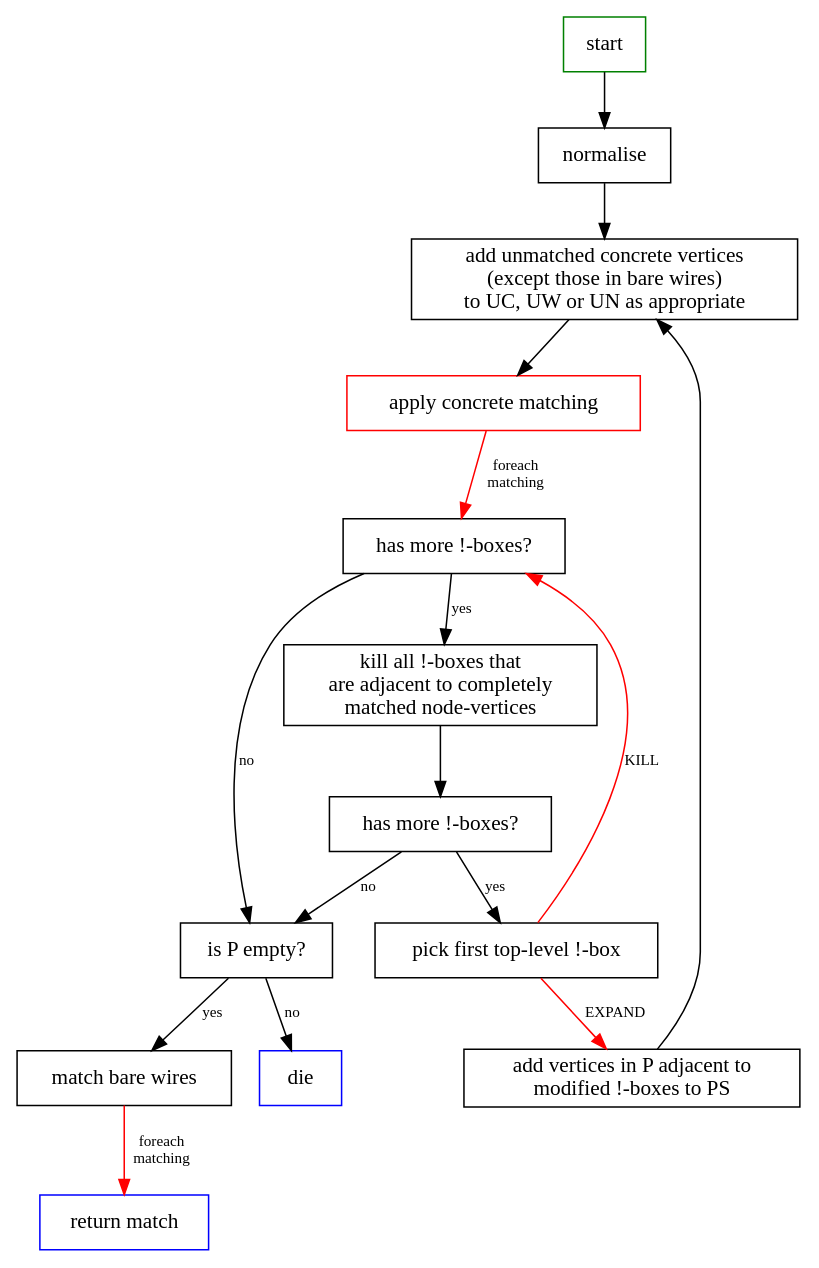
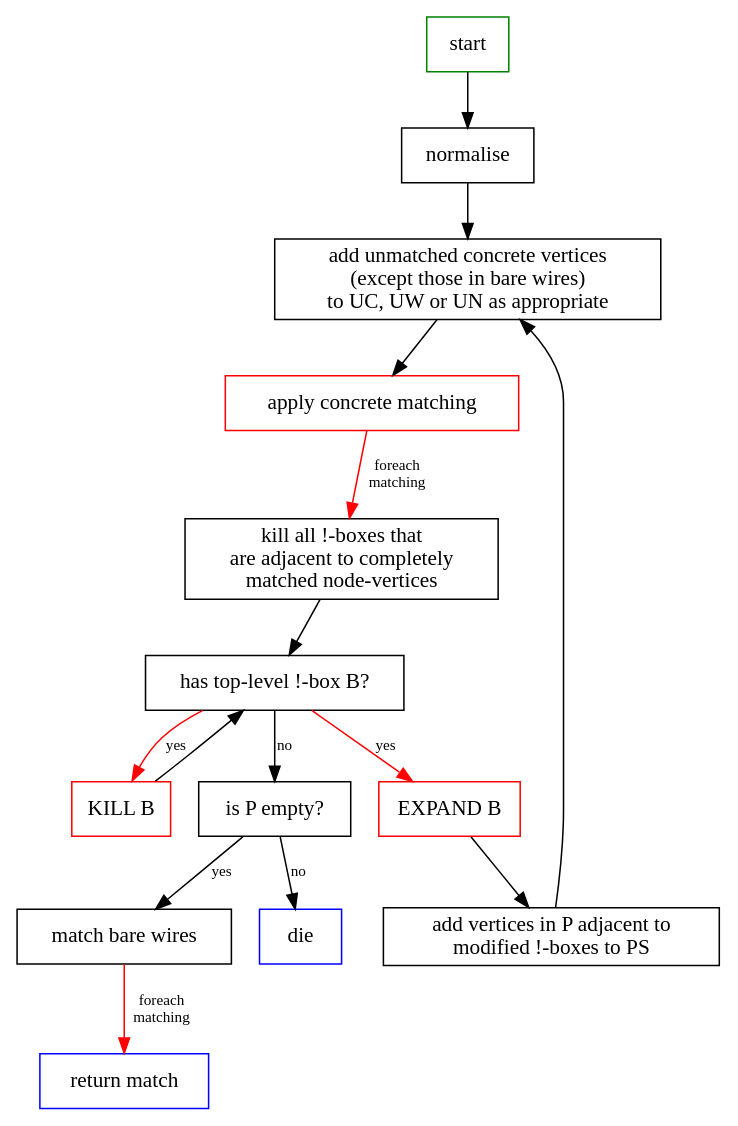
One commit to zxcalc/quantomatic changed the diagram in docs/matching_algo/pattern_part.dot. Above: the diagram before and after it, drawn with Graphviz. The commit also changed 2 other files, not shown here.

```diff
--- a/docs/matching_algo/pattern_part.dot
+++ b/docs/matching_algo/pattern_part.dot
@@ -1,32 +1,31 @@
 digraph {
     node [shape=box]
     edge [fontsize=10]
     
     start [color=green]
     normalise [label="normalise"]
     addunmatched [label="add unmatched concrete vertices\n(except those in bare wires)\nto UC, UW or UN as appropriate"]
     match [label="apply concrete matching",color=red]
-    morebang [label="has more !-boxes?"]
-    morebang1 [label="has more !-boxes?"]
-    pickbang [label="pick first top-level !-box"]
+    morebang [label="has top-level !-box B?"]
+    EXPANDbang [label="EXPAND B",color=red]
+    KILLbang [label="KILL B",color=red]
     schedule [label="add vertices in P adjacent to\nmodified !-boxes to PS"]
     killcomplete [label="kill all !-boxes that\nare adjacent to completely\nmatched node-vertices"]
     nopartial [label="is P empty?"]
     die [label=die,color=blue]
     emptywires [label="match bare wires"]
     done [label="return match",color=blue]
     
     start -> normalise -> addunmatched -> match
-    match -> morebang [label="foreach\nmatching",color=red]
-    morebang -> killcomplete [label=yes]
-    killcomplete -> morebang1
-    morebang1 -> pickbang [label=yes]
-    morebang1 -> nopartial [label=no]
-    pickbang -> schedule [label="EXPAND",color=red]
-    pickbang -> morebang [label="KILL",color=red]
+    match -> killcomplete [label="foreach\nmatching",color=red]
+    killcomplete -> morebang
+    morebang -> EXPANDbang [label=yes,color=red]
+    morebang -> KILLbang [label=yes,color=red]
+    EXPANDbang -> schedule
+    KILLbang -> morebang
+    morebang -> nopartial [label=no]
     schedule -> addunmatched
-    morebang -> nopartial [label=no]
     nopartial -> emptywires [label=yes]
     nopartial -> die [label=no]
     emptywires -> done [label="foreach\nmatching",color=red]
 }
```
